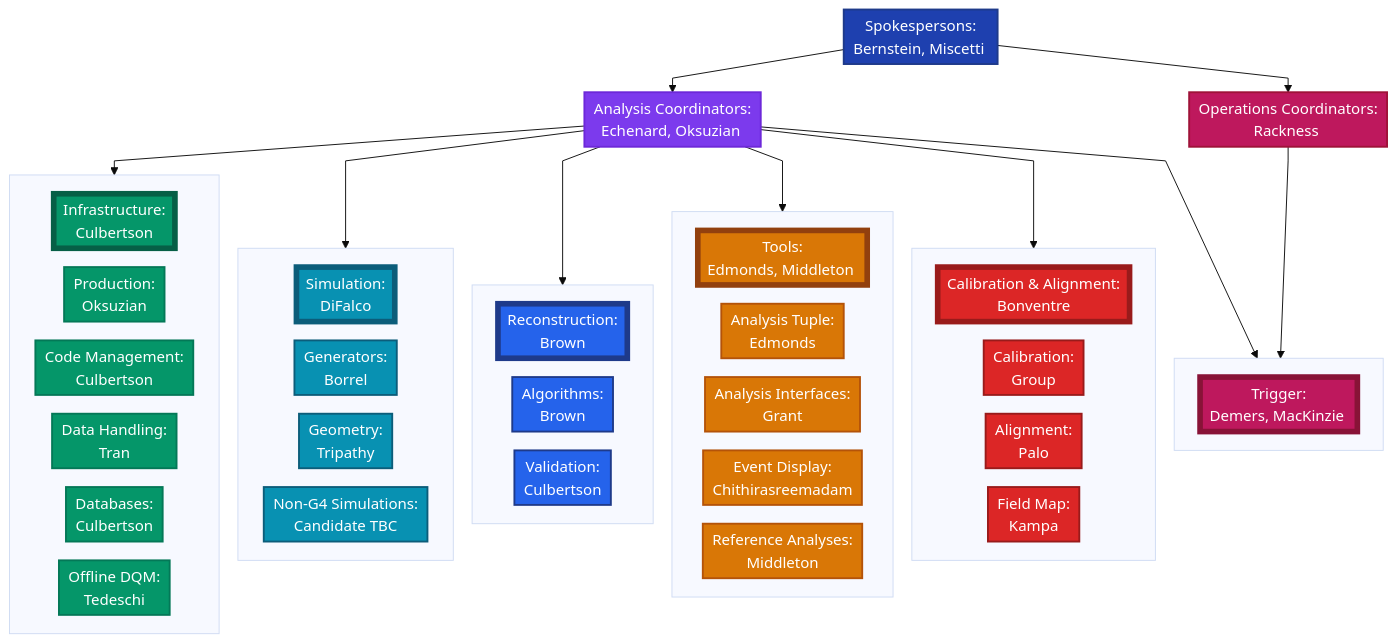
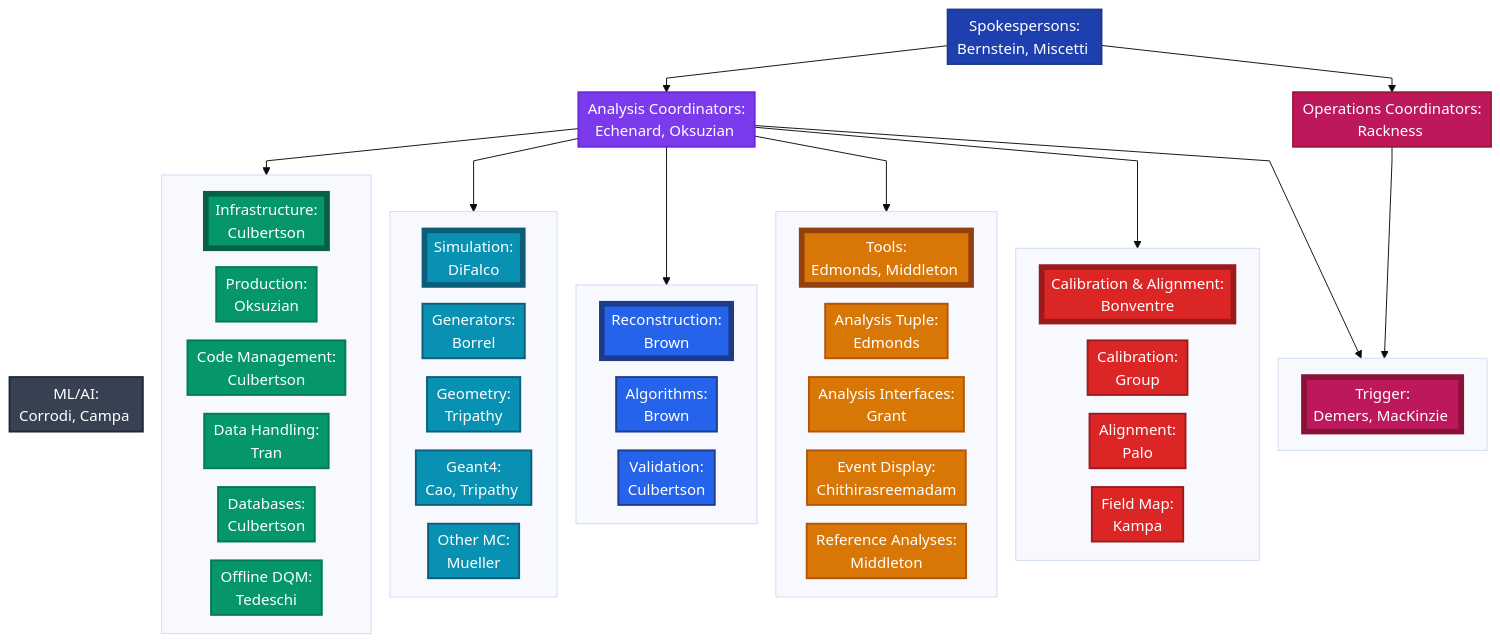
The diagram in docs/Mu2e_Analysis_Computing_Organization_2025-12_diagram.md (Mu2e/prodtools), drawn with Mermaid before and after one commit. The commit also changed 2 other files, not shown here.

Commit message:
Determine mixing from config content (pbeam) instead of mix.json filename
- json2jobdef: always use expand_configs(); remove mix.json-only branch
- mixing_utils: add _job_type_for_config(), use it when preparing desc
  so pbeam is appended to desc for any file (e.g. mds3a_test.json)

Also update org diagram: ML/AI node, Geant4/Other MC labels, styling.

```diff
--- a/docs/Mu2e_Analysis_Computing_Organization_2025-12_diagram.md
+++ b/docs/Mu2e_Analysis_Computing_Organization_2025-12_diagram.md
@@ -13,6 +13,7 @@
     AC --> TRIGGROUP
     SPK --> OC[Operations Coordinators:<br/>Rackness&nbsp;]
     OC --> TRIGGROUP
+    AC -.-> ML[ML/AI:<br/>Corrodi, Campa&nbsp;]
     
     subgraph INFGROUP[" "]
         INF[Infrastructure:<br/>Culbertson]
@@ -27,7 +28,8 @@
         SIM[Simulation:<br/>DiFalco]
         GEN[Generators:<br/>Borrel]
         GEOM[Geometry:<br/>Tripathy]
-        NONG4[Non-G4 Simulations:<br/>Candidate TBC]
+        G4[Geant4:<br/>Cao, Tripathy&nbsp;]
+        NONG4[Other MC:<br/>Mueller]
     end
     
     subgraph RECOGROUP[" "]
@@ -54,6 +56,7 @@
     subgraph TRIGGROUP[" "]
         TRIG[Trigger:<br/>Demers, MacKinzie&nbsp;]
     end
+    linkStyle 9 stroke:none,stroke-width:0
     
     classDef spokespersons fill:#1E40AF,stroke:#1E3A8A,stroke-width:2px,color:#fff
     classDef analysis fill:#7C3AED,stroke:#6D28D9,stroke-width:2px,color:#fff
@@ -70,17 +73,19 @@
     classDef toolsLeader fill:#D97706,stroke:#92400E,stroke-width:6px,color:#fff
     classDef operationsLeader fill:#BE185D,stroke:#881337,stroke-width:6px,color:#fff
     classDef triggerLeader fill:#BE185D,stroke:#881337,stroke-width:6px,color:#fff
+    classDef mlai fill:#374151,stroke:#1F2937,stroke-width:2px,color:#fff
     
     class SPK spokespersons
     class AC analysis
     class OC operations
+    class ML mlai
     class TRIG triggerLeader
     class TOOLS toolsLeader
     class NTUP,IFACE,EVD,REF tools
     class INF infrastructureLeader
     class PROD,CODE,DATA,DB,DQM infrastructure
     class SIM simulationLeader
-    class GEN,GEOM,NONG4 simulation
+    class GEN,GEOM,G4,NONG4 simulation
     class RECO reconstructionLeader
     class ALG,VAL reconstruction
     class CAL calibrationLeader
```
